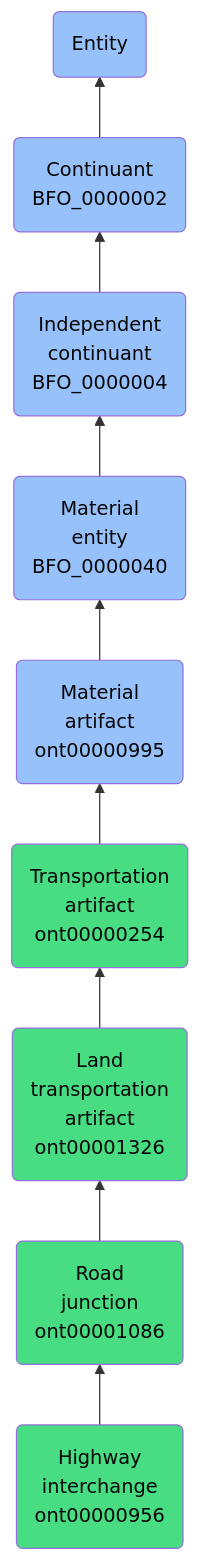
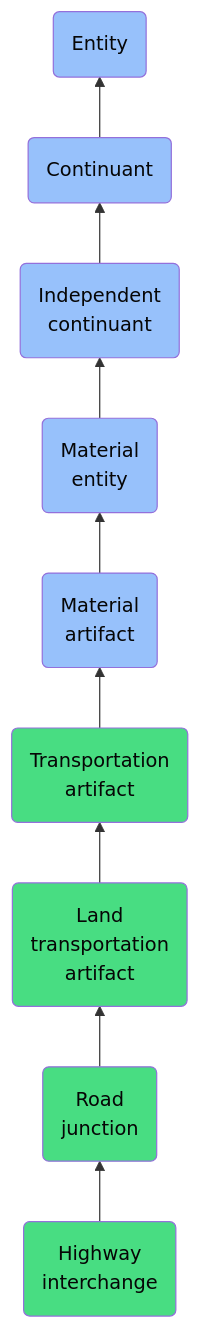
Before and after one commit to jupyter-naas/abi: the diagram in docs/ontology/reference/model/Entity/Continuant/Independent continuant/Material entity/Material artifact/Transportation artifact/Land transportation artifact/Road junction/Highway interchange/Highway interchange.md, drawn with Mermaid. The commit also changed other lines of this file and 1430 other files, not shown here.

````diff
--- a/docs/ontology/reference/model/Entity/Continuant/Independent continuant/Material entity/Material artifact/Transportation artifact/Land transportation artifact/Road junction/Highway interchange/Highway interchange.md
+++ b/docs/ontology/reference/model/Entity/Continuant/Independent continuant/Material entity/Material artifact/Transportation artifact/Land transportation artifact/Road junction/Highway interchange/Highway interchange.md
@@ -24,16 +24,16 @@
 ```mermaid
 graph BT
-    ont00000956(Highway<br>interchange<br>ont00000956):::ABI-->ont00001086
-    ont00001086(Road<br>junction<br>ont00001086):::ABI-->ont00001326
-    ont00001326(Land<br>transportation<br>artifact<br>ont00001326):::ABI-->ont00000254
-    ont00000254(Transportation<br>artifact<br>ont00000254):::ABI-->ont00000995
-    ont00000995(Material<br>artifact<br>ont00000995):::BFO-->BFO_0000040
-    BFO_0000040(Material<br>entity<br>BFO_0000040):::BFO-->BFO_0000004
-    BFO_0000004(Independent<br>continuant<br>BFO_0000004):::BFO-->BFO_0000002
-    BFO_0000002(Continuant<br>BFO_0000002):::BFO-->BFO_0000001
+    ont00000956(Highway<br>interchange):::ABI-->ont00001086
+    ont00001086(Road<br>junction):::ABI-->ont00001326
+    ont00001326(Land<br>transportation<br>artifact):::ABI-->ont00000254
+    ont00000254(Transportation<br>artifact):::ABI-->ont00000995
+    ont00000995(Material<br>artifact):::BFO-->BFO_0000040
+    BFO_0000040(Material<br>entity):::BFO-->BFO_0000004
+    BFO_0000004(Independent<br>continuant):::BFO-->BFO_0000002
+    BFO_0000002(Continuant):::BFO-->BFO_0000001
     BFO_0000001(Entity):::BFO
     
     classDef BFO fill:#97c1fb,color:#060606
     classDef CCO fill:#e4c51e,color:#060606
     classDef ABI fill:#48DD82,color:#060606
 ```
````
